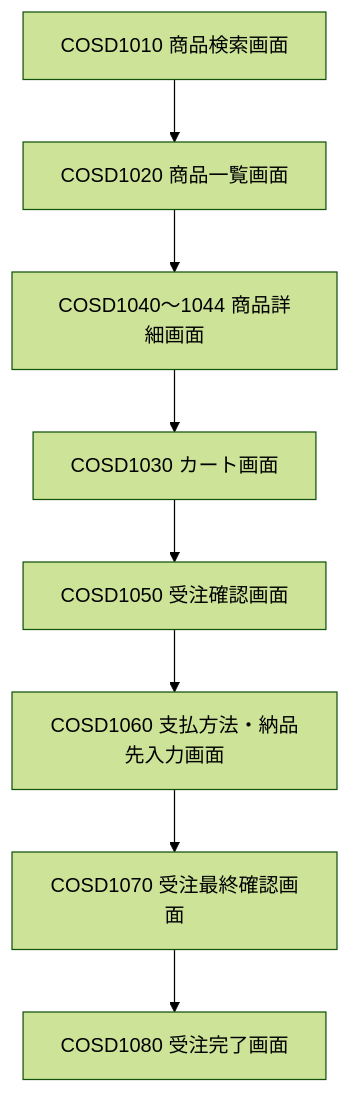
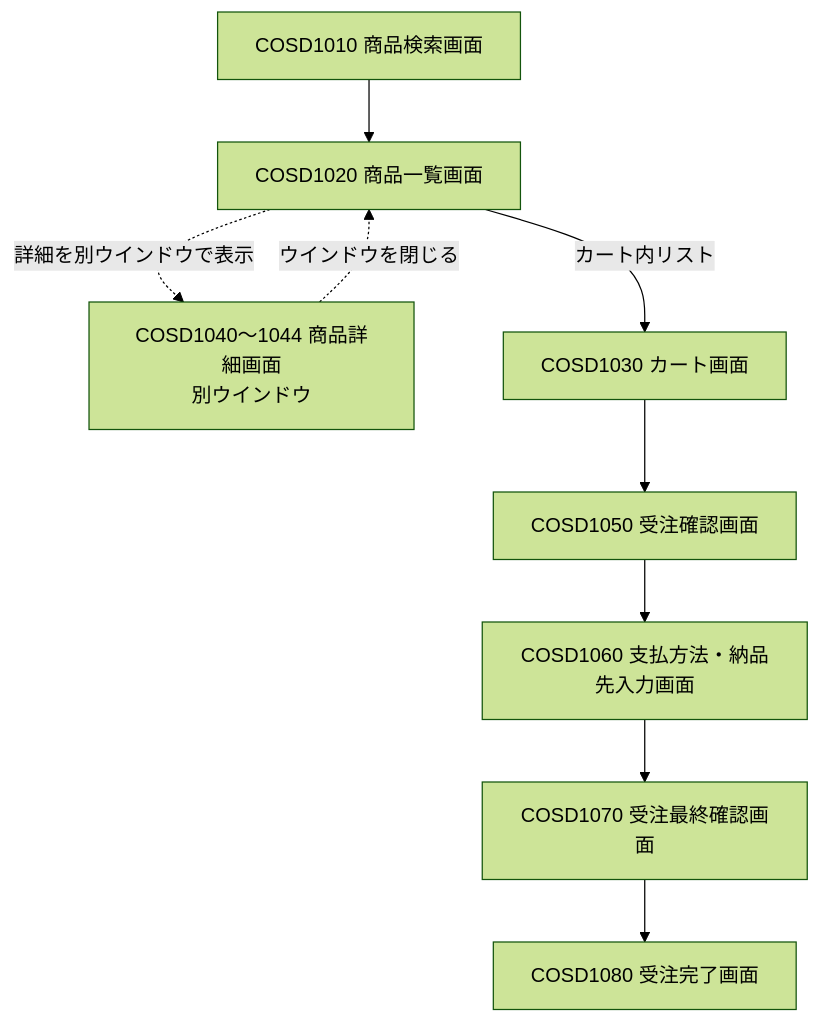
One commit to h-yokota1215/web-version_up changed the second of 2 diagrams in ver.3/設計書/画面設計書.md. Above: the diagram before and after it, drawn with Mermaid (forest theme). The commit also changed other lines of this file, not shown here.

````diff
--- a/ver.3/設計書/画面設計書.md
+++ b/ver.3/設計書/画面設計書.md
@@ -112,19 +112,20 @@
 ```mermaid
 flowchart TD
     A[COSD1010 商品検索画面]
     B[COSD1020 商品一覧画面]
-    C[COSD1040～1044 商品詳細画面]
+    C[COSD1040～1044 商品詳細画面<br>別ウインドウ]
     D[COSD1030 カート画面]
     E[COSD1050 受注確認画面]
     F[COSD1060 支払方法・納品先入力画面]
     G[COSD1070 受注最終確認画面]
     H[COSD1080 受注完了画面]
 
     A --> B
-    B --> C
-    C --> D
+    B -. 詳細を別ウインドウで表示 .-> C
+    C -. ウインドウを閉じる .-> B
+    B -->|カート内リスト| D
     D --> E
     E --> F
     F --> G
     G --> H
 ```
````
